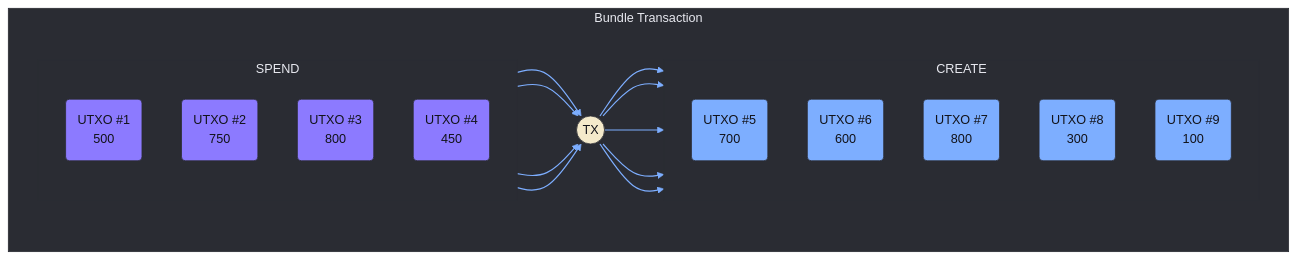
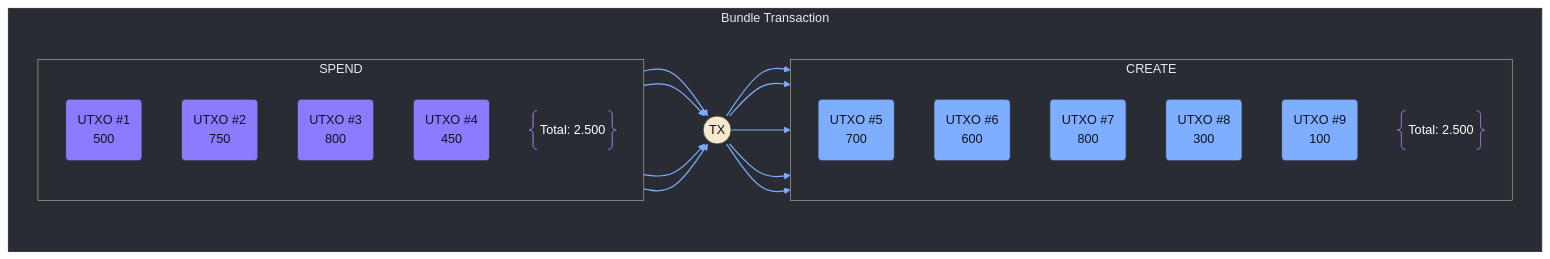
Before and after one commit to Moonlight-Protocol/docs: the first of 2 diagrams in readme/whitepaper.md, drawn with Mermaid. The commit also changed other lines of this file, not shown here.

````diff
--- a/readme/whitepaper.md
+++ b/readme/whitepaper.md
@@ -43,53 +45,60 @@
 ```mermaid
+
 flowchart LR
   %% ── palette-based styles ──────────────────────
   classDef utxo fill:#8C7AFF,stroke:#2A2C33,color:#12131A,stroke-width:1px
   classDef new  fill:#7DAEFF,stroke:#2A2C33,color:#12131A,stroke-width:1px
   classDef meta fill:#F4EACB,stroke:#2A2C33,color:#12131A,stroke-width:1px
 
   %% ── bundle container (Shadow Graphite frame) ─
   subgraph B["Bundle Transaction"]
     direction LR
     style B fill:#2A2C33,stroke:#2A2C33,color:#E8E9F0
 
     %% SPEND column
     subgraph SPEND["SPEND"]
       direction TB
-      style SPEND fill:transparent,stroke:#2A2C33,color:#E8E9F0
       I1(UTXO&nbsp;#1<br/>500):::utxo
       I2(UTXO&nbsp;#2<br/>750):::utxo
       I3(UTXO&nbsp;#3<br/>800):::utxo
       I4(UTXO&nbsp;#4<br/>450):::utxo
+      total1@{ shape: "braces", label: "Total: 2.500" }
+
     end
 
     %% central processing node
     TX((TX)):::meta
 
     %% CREATE column
     subgraph CREATE["CREATE"]
       direction TB
-      style CREATE fill:transparent,stroke:#2A2C33,color:#E8E9F0
       O1(UTXO&nbsp;#5<br/>700):::new
       O2(UTXO&nbsp;#6<br/>600):::new
       O3(UTXO&nbsp;#7<br/>800):::new
       O4(UTXO&nbsp;#8<br/>300):::new
       O5(UTXO&nbsp;#9<br/>100):::new
+	  total2@{ shape: "braces", label: "Total: 2.500" }
     end
 
     %% arrows: inputs → TX → outputs
     I1 --> TX
     I2 --> TX
     I3 --> TX
     I4 --> TX
 
     TX --> O1
     TX --> O2
     TX --> O3
     TX --> O4
     TX --> O5
   end
 
   %% ── lighter arrow styling (Lunar Ice) ─────────
   linkStyle default stroke:#7DAEFF,stroke-width:1.5px
-
+	style CREATE fill:transparent,stroke:#FFFFFF,color:#E8E9F0,stroke-width:0.5px
+	style SPEND fill:transparent,stroke:#FFFFFF,color:#E8E9F0,stroke-width:0.5px
+	SPEND
+	CREATE
+	style total1 color:#FFFFFF
+	style total2 color:#FFFFFF
 ```
````
